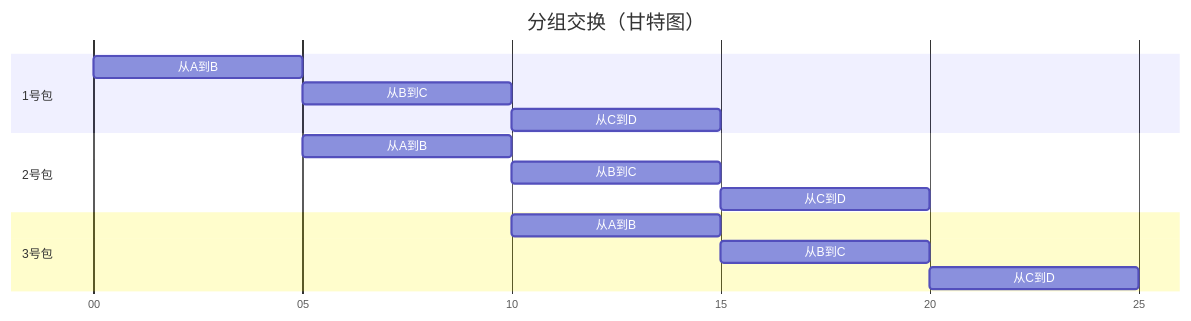
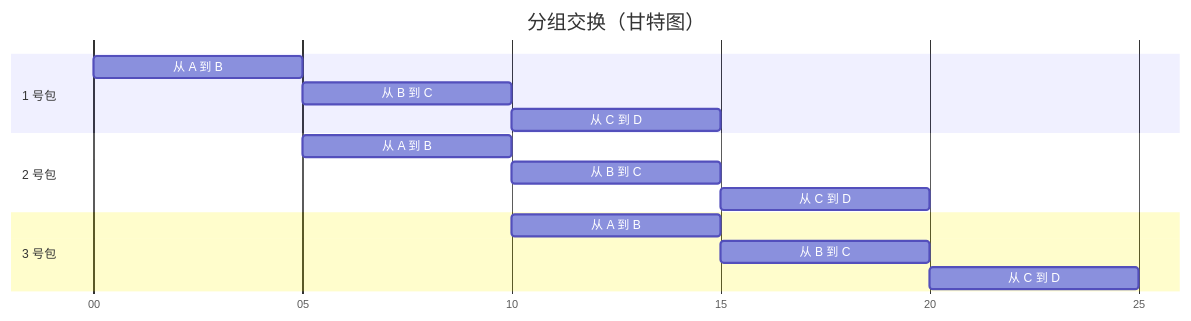
One commit to ruofancooh/blog-source changed the first of 3 diagrams in source/_posts/永远不看系列/计算机网络.md. Above: the diagram before and after it, drawn with Mermaid. The commit also changed other lines of this file and 5 other files, not shown here.

```diff
--- a/source/_posts/永远不看系列/计算机网络.md
+++ b/source/_posts/永远不看系列/计算机网络.md
@@ -82,20 +82,20 @@
 {% mermaid gantt %}
 title 分组交换（甘特图）
 dateFormat s
 axisFormat %S
 
-section 1号包
-从A到B    :0, 5s
-从B到C    :5, 5s
-从C到D    :10, 5s
+section 1 号包
+从 A 到 B :0, 5s
+从 B 到 C :5, 5s
+从 C 到 D :10, 5s
 
-section 2号包
-从A到B    :5, 5s
-从B到C    :10, 5s
-从C到D    :15, 5s
+section 2 号包
+从 A 到 B :5, 5s
+从 B 到 C :10, 5s
+从 C 到 D :15, 5s
 
-section 3号包
-从A到B    :10, 5s
-从B到C    :15, 5s
-从C到D    :20, 5s
+section 3 号包
+从 A 到 B :10, 5s
+从 B 到 C :15, 5s
+从 C 到 D :20, 5s
 {% endmermaid %}
```
